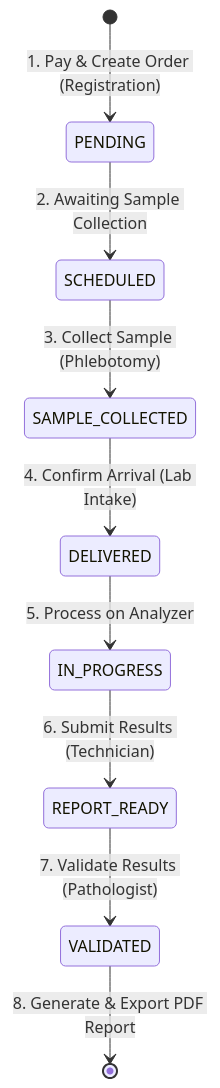
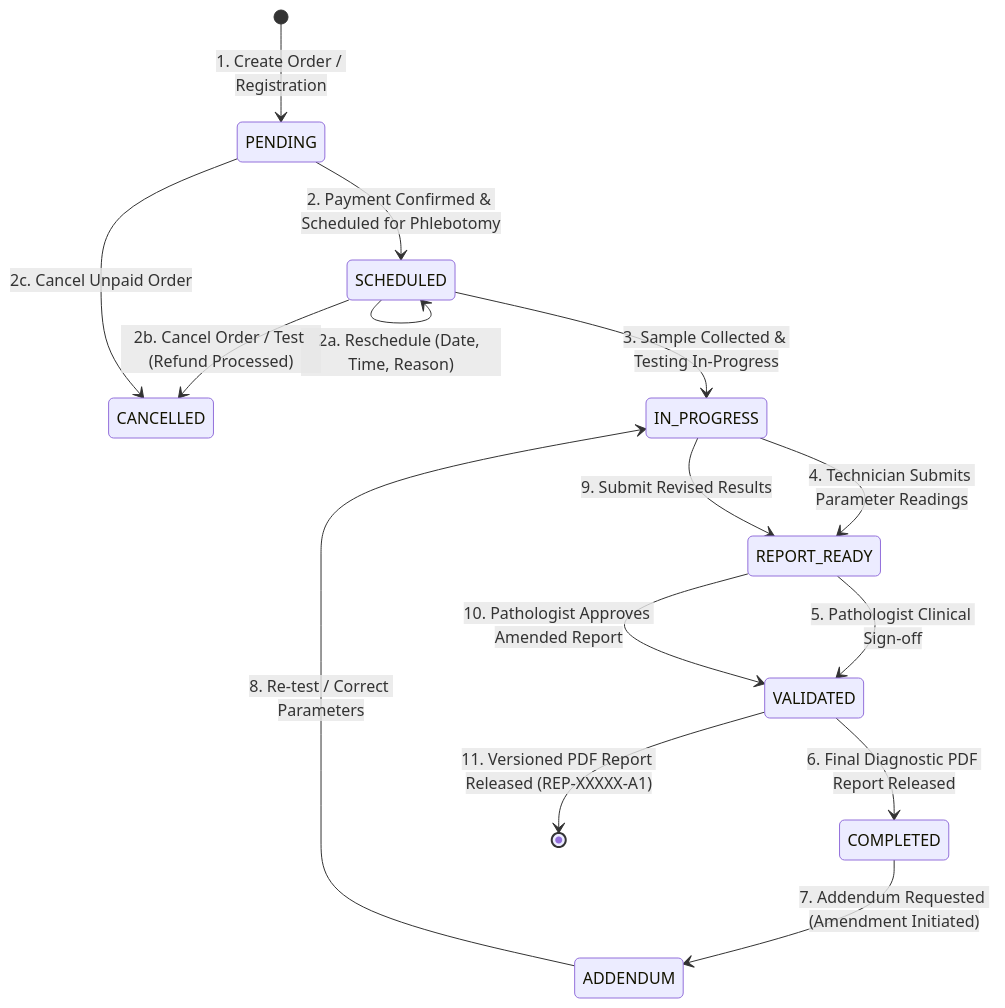
The diagram in docs/lab_order_lifecycle.md (saikarthik-arovita/api-docs-postman), drawn with Mermaid before and after one commit. The commit also changed other lines of this file and 2 other files, not shown here.

Commit message:
Auto-sync from ops-hms-ljb [417deaa]: Fix: fixed lab

````diff
--- a/docs/lab_order_lifecycle.md
+++ b/docs/lab_order_lifecycle.md
@@ -11,11 +11,22 @@
 ```mermaid
 stateDiagram-v2
-    [*] --> PENDING : 1. Pay & Create Order (Registration)
-    PENDING --> SCHEDULED : 2. Awaiting Sample Collection
-    SCHEDULED --> SAMPLE_COLLECTED : 3. Collect Sample (Phlebotomy)
-    SAMPLE_COLLECTED --> DELIVERED : 4. Confirm Arrival (Lab Intake)
-    DELIVERED --> IN_PROGRESS : 5. Process on Analyzer
-    IN_PROGRESS --> REPORT_READY : 6. Submit Results (Technician)
-    REPORT_READY --> VALIDATED : 7. Validate Results (Pathologist)
-    VALIDATED --> [*] : 8. Generate & Export PDF Report
+    [*] --> PENDING : 1. Create Order / Registration
+    PENDING --> SCHEDULED : 2. Payment Confirmed & Scheduled for Phlebotomy
+    
+    %% Exception Branch: Rescheduling & Cancellation
+    SCHEDULED --> SCHEDULED : 2a. Reschedule (Date, Time, Reason)
+    SCHEDULED --> CANCELLED : 2b. Cancel Order / Test (Refund Processed)
+    PENDING --> CANCELLED : 2c. Cancel Unpaid Order
+
+    SCHEDULED --> IN_PROGRESS : 3. Sample Collected & Testing In-Progress
+    IN_PROGRESS --> REPORT_READY : 4. Technician Submits Parameter Readings
+    REPORT_READY --> VALIDATED : 5. Pathologist Clinical Sign-off
+    VALIDATED --> COMPLETED : 6. Final Diagnostic PDF Report Released
+    
+    %% Exception Branch: Post-Release Clinical Addendum
+    COMPLETED --> ADDENDUM : 7. Addendum Requested (Amendment Initiated)
+    ADDENDUM --> IN_PROGRESS : 8. Re-test / Correct Parameters
+    IN_PROGRESS --> REPORT_READY : 9. Submit Revised Results
+    REPORT_READY --> VALIDATED : 10. Pathologist Approves Amended Report
+    VALIDATED --> [*] : 11. Versioned PDF Report Released (REP-XXXXX-A1)
 ```
````
